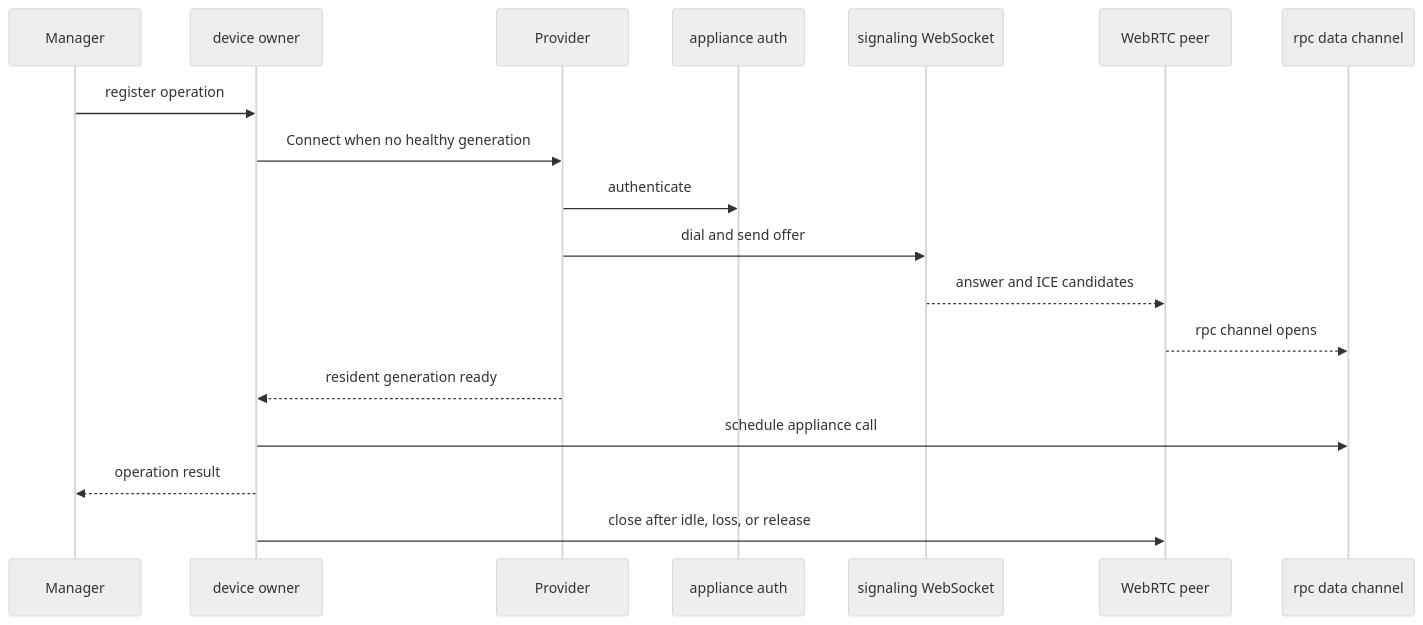
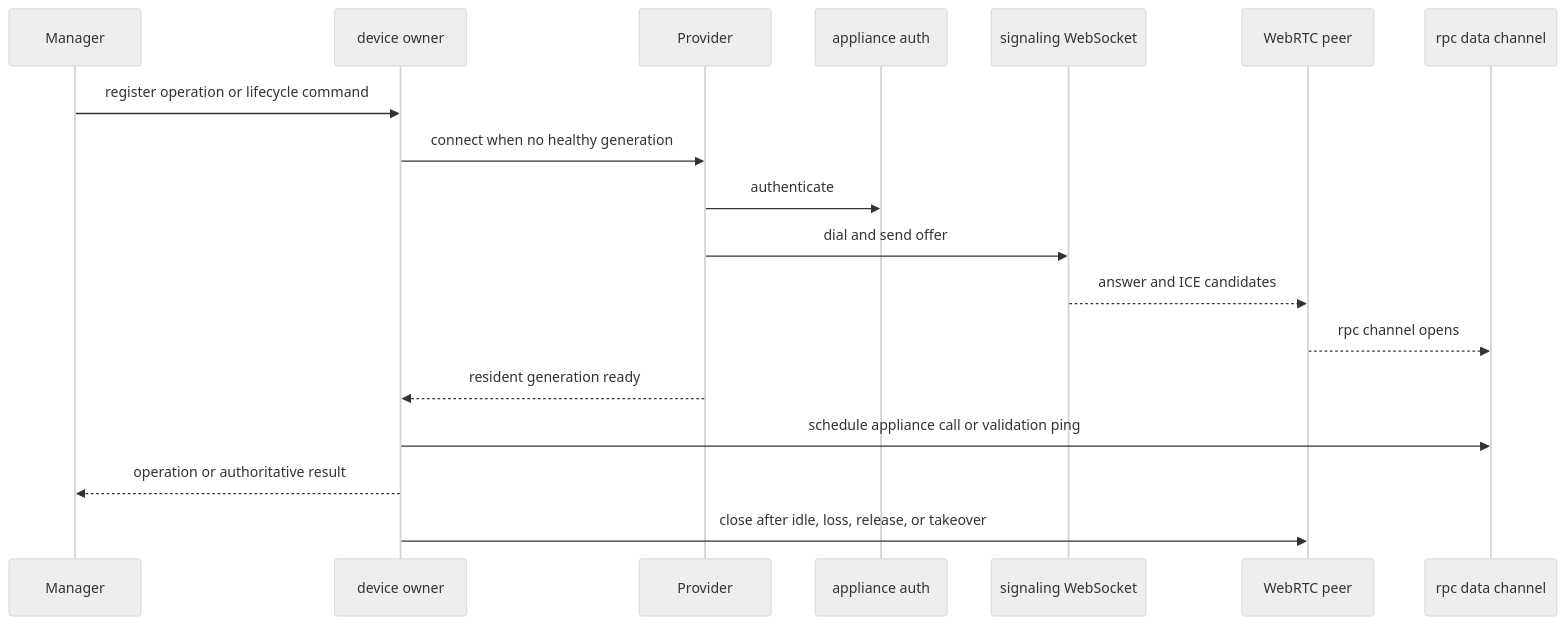
Before and after one commit to BenDManning/jetkvm-mcp: the diagram in openwiki/runtime/sessions-and-device-protocol.md, drawn with Mermaid (neutral theme). The commit also changed other lines of this file and 7 other files, not shown here.

````diff
--- a/openwiki/runtime/sessions-and-device-protocol.md
+++ b/openwiki/runtime/sessions-and-device-protocol.md
@@ -20,20 +20,20 @@
 ```mermaid
 sequenceDiagram
   participant Manager
   participant Owner as device owner
   participant Provider
   participant Auth as appliance auth
   participant Signal as signaling WebSocket
   participant Peer as WebRTC peer
   participant RPC as rpc data channel
-  Manager->>Owner: register operation
-  Owner->>Provider: Connect when no healthy generation
+  Manager->>Owner: register operation or lifecycle command
+  Owner->>Provider: connect when no healthy generation
   Provider->>Auth: authenticate
   Provider->>Signal: dial and send offer
   Signal-->>Peer: answer and ICE candidates
   Peer-->>RPC: rpc channel opens
   Provider-->>Owner: resident generation ready
-  Owner->>RPC: schedule appliance call
-  Owner-->>Manager: operation result
-  Owner->>Peer: close after idle, loss, or release
+  Owner->>RPC: schedule appliance call or validation ping
+  Owner-->>Manager: operation or authoritative result
+  Owner->>Peer: close after idle, loss, release, or takeover
 ```
````
